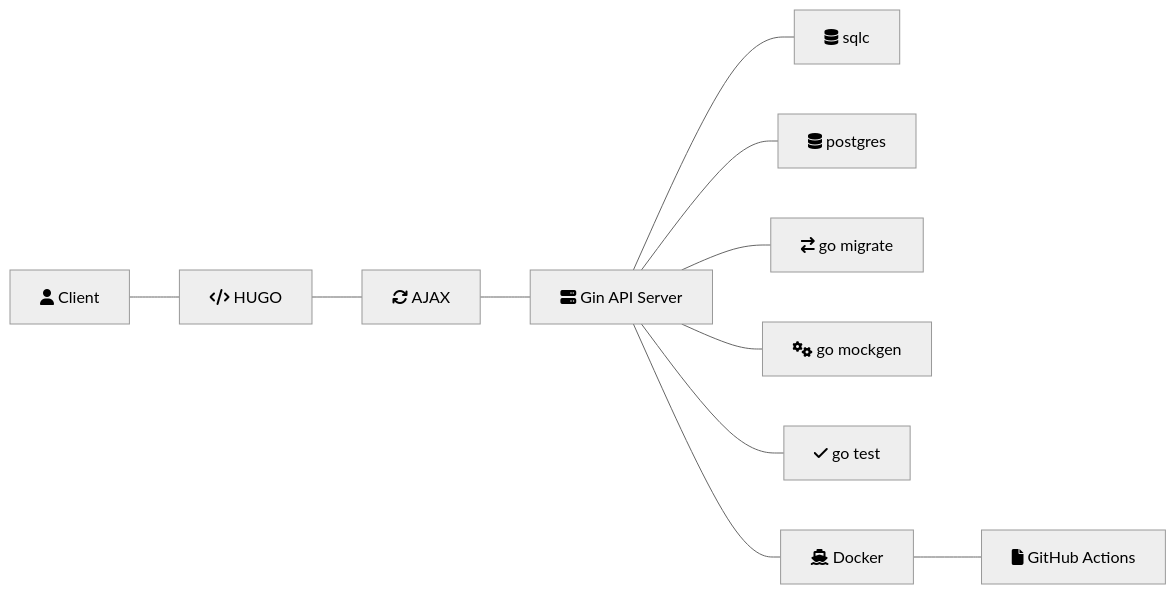
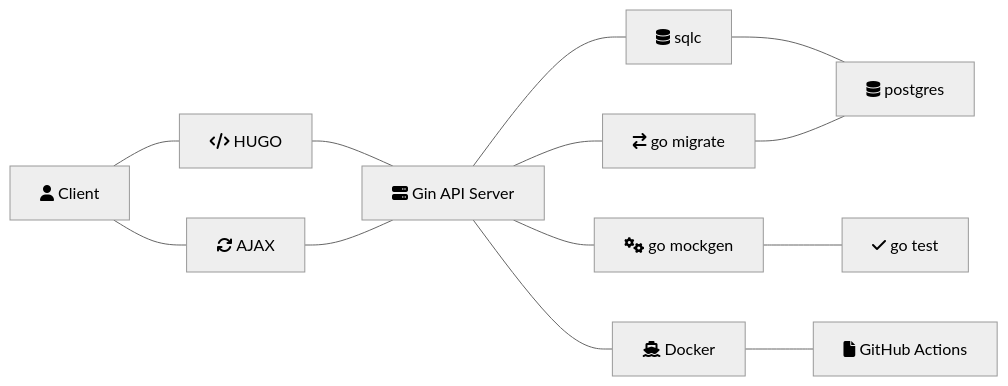
Before and after one commit to YuanData/SharedForm: the diagram in content/posts/readme.md, drawn with Mermaid (neutral theme). The commit also changed 1 other file, not shown here.

Commit message:
Update mermaid graph

```diff
--- a/content/posts/readme.md
+++ b/content/posts/readme.md
@@ -38,33 +38,36 @@
 {{< mermaid >}}
 
 graph LR
 
   B1[fa:fa-database sqlc]
   B2[fa:fa-database postgres]
   B3[fa:fa-exchange go migrate]
   B4[fa:fa-cogs go mockgen]
   B5[fa:fa-check go test]
 
   F1[fa:fa-code HUGO]
   F2[fa:fa-refresh AJAX]
 
   D1[fa:fa-ship Docker]
   D2[fa:fa-file GitHub Actions]
 
   C[fa:fa-user Client]
   S[fa:fa-server Gin API Server]
 
   S --- B1
-  S --- B2
+  B1 --- B2
   S --- B3
+  B3 --- B2
   S --- B4
-  S --- B5
+  B4 --- B5
+  
 
   C --- F1
-  F1 --- F2
+  F1 --- S
+  C --- F2
   F2 --- S
 
   S --- D1
   D1 --- D2
 
 {{< /mermaid >}}
```
